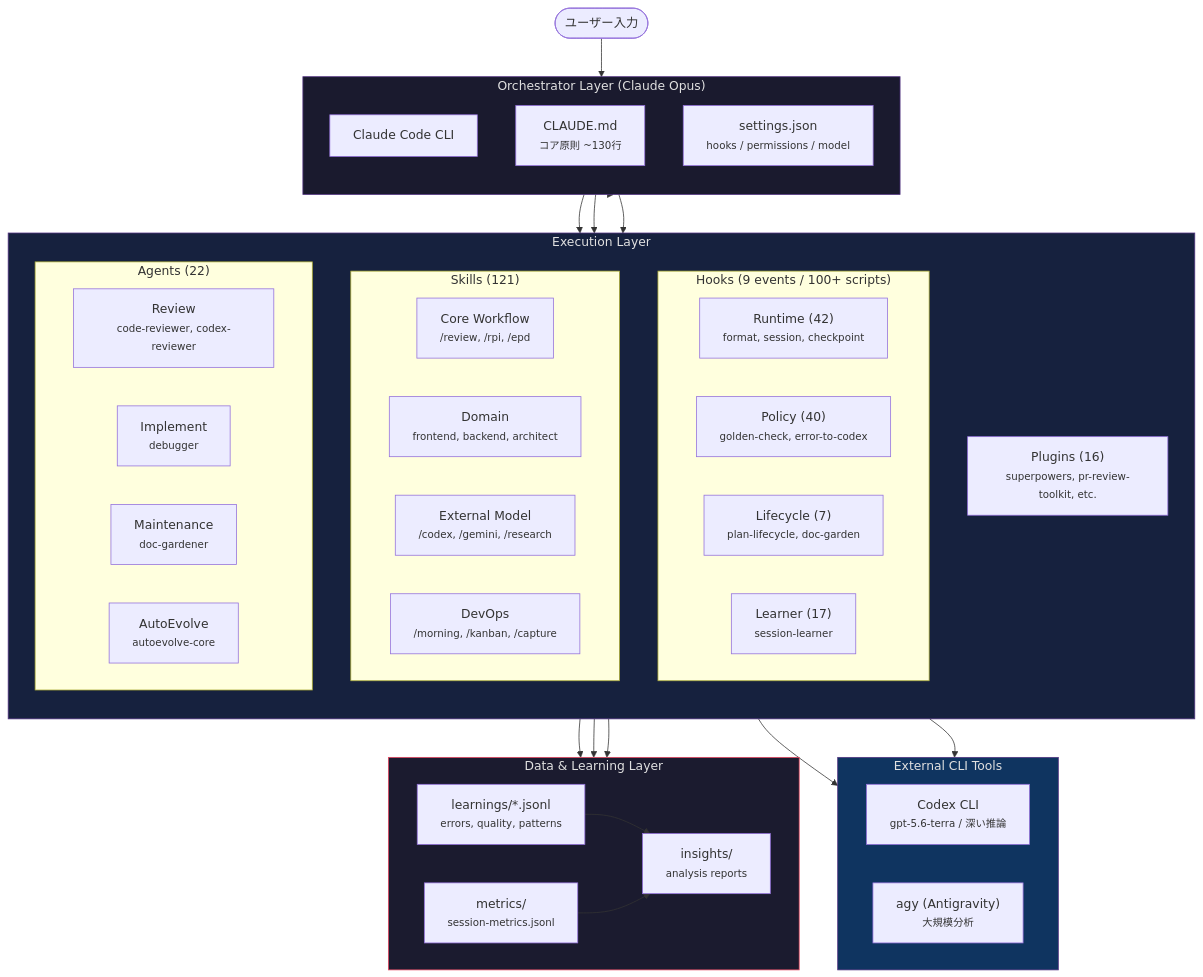
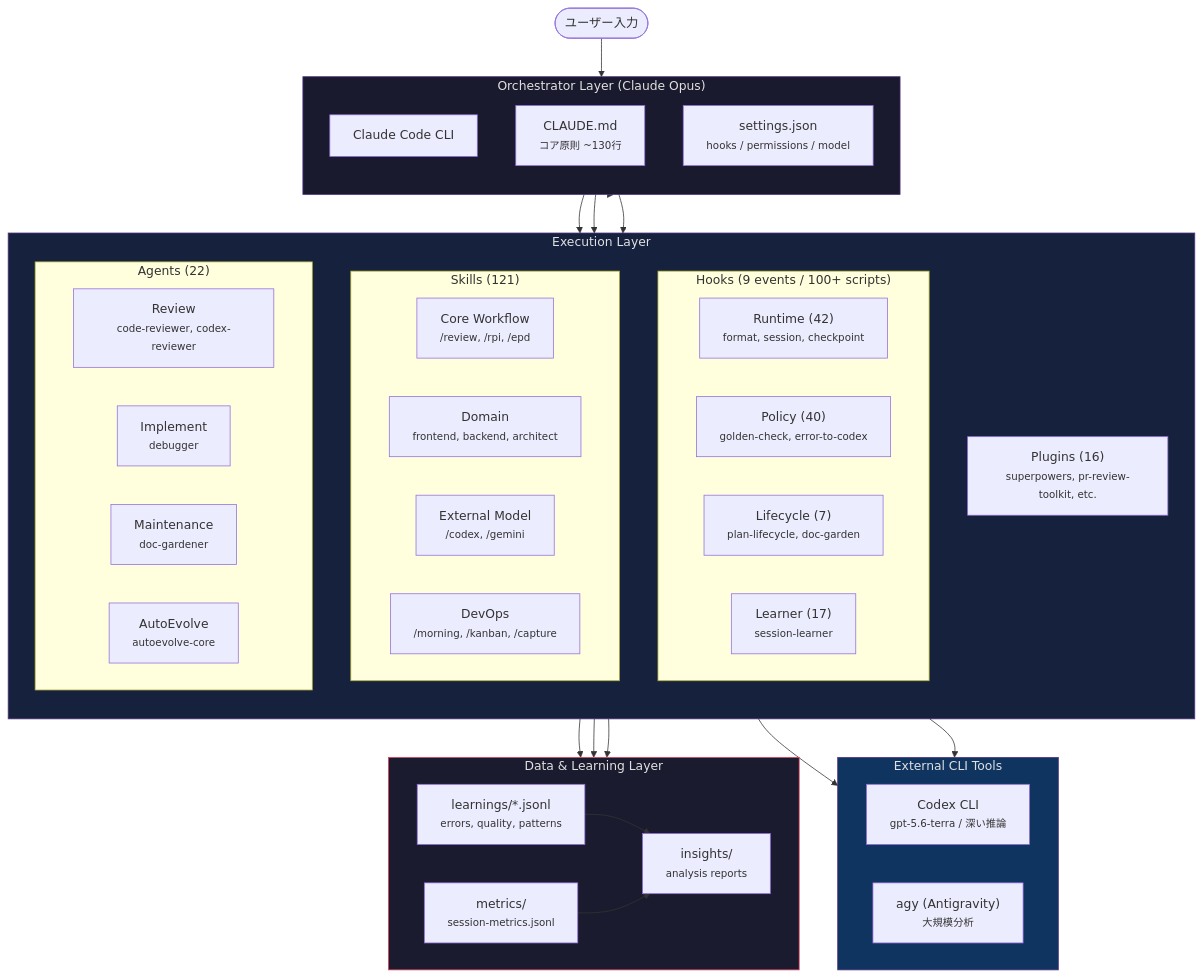
One commit to takeuchi-shogo/dotfiles changed the first of 3 diagrams in .config/claude/README.md. Above: the diagram before and after it, drawn with Mermaid. The commit also changed other lines of this file and 259 other files, not shown here.

````diff
--- a/.config/claude/README.md
+++ b/.config/claude/README.md
@@ -28,71 +28,71 @@
 ```mermaid
 graph TB
     User([ユーザー入力])
 
     subgraph orchestrator["Orchestrator Layer (Claude Opus)"]
         direction TB
         CC[Claude Code CLI]
         CLAUDE_MD["CLAUDE.md<br><small>コア原則 ~130行</small>"]
         SETTINGS["settings.json<br><small>hooks / permissions / model</small>"]
     end
 
     subgraph execution["Execution Layer"]
         direction TB
         subgraph hooks_box["Hooks (9 events / 100+ scripts)"]
             direction LR
             H_RT["Runtime (42)<br><small>format, session, checkpoint</small>"]
             H_PO["Policy (40)<br><small>golden-check, error-to-codex</small>"]
             H_LC["Lifecycle (7)<br><small>plan-lifecycle, doc-garden</small>"]
             H_LR["Learner (17)<br><small>session-learner</small>"]
         end
 
         subgraph skills_box["Skills (121)"]
             direction LR
             SK_CORE["Core Workflow<br><small>/review, /rpi, /epd</small>"]
             SK_DOMAIN["Domain<br><small>frontend, backend, architect</small>"]
-            SK_EXT["External Model<br><small>/codex, /gemini, /research</small>"]
+            SK_EXT["External Model<br><small>/codex, /gemini</small>"]
             SK_OPS["DevOps<br><small>/morning, /kanban, /capture</small>"]
         end
 
         subgraph agents_box["Agents (22)"]
             direction LR
             AG_REV["Review<br><small>code-reviewer, codex-reviewer</small>"]
             AG_IMPL["Implement<br><small>debugger</small>"]
             AG_MAINT["Maintenance<br><small>doc-gardener</small>"]
             AG_EVOLVE["AutoEvolve<br><small>autoevolve-core</small>"]
         end
 
         PLUGINS["Plugins (16)<br><small>superpowers, pr-review-toolkit, etc.</small>"]
     end
 
     subgraph external["External CLI Tools"]
         direction LR
         CODEX["Codex CLI<br><small>gpt-5.6-terra / 深い推論</small>"]
         GEMINI["agy (Antigravity)<br><small>大規模分析</small>"]
     end
 
     subgraph data["Data & Learning Layer"]
         direction LR
         LEARNINGS["learnings/*.jsonl<br><small>errors, quality, patterns</small>"]
         METRICS["metrics/<br><small>session-metrics.jsonl</small>"]
         INSIGHTS["insights/<br><small>analysis reports</small>"]
     end
 
     User --> CC
     CC --> hooks_box
     CC --> skills_box
     CC --> agents_box
     CC --> PLUGINS
     SK_EXT --> CODEX
     SK_EXT --> GEMINI
     AG_EVOLVE --> LEARNINGS
     H_LR --> LEARNINGS
     H_PO --> LEARNINGS
     LEARNINGS --> INSIGHTS
     METRICS --> INSIGHTS
 
     style orchestrator fill:#1a1a2e,stroke:#533483,color:#e0e0e0
     style execution fill:#16213e,stroke:#533483,color:#e0e0e0
     style external fill:#0f3460,stroke:#533483,color:#e0e0e0
     style data fill:#1b1b2f,stroke:#e94560,color:#e0e0e0
 ```
````
